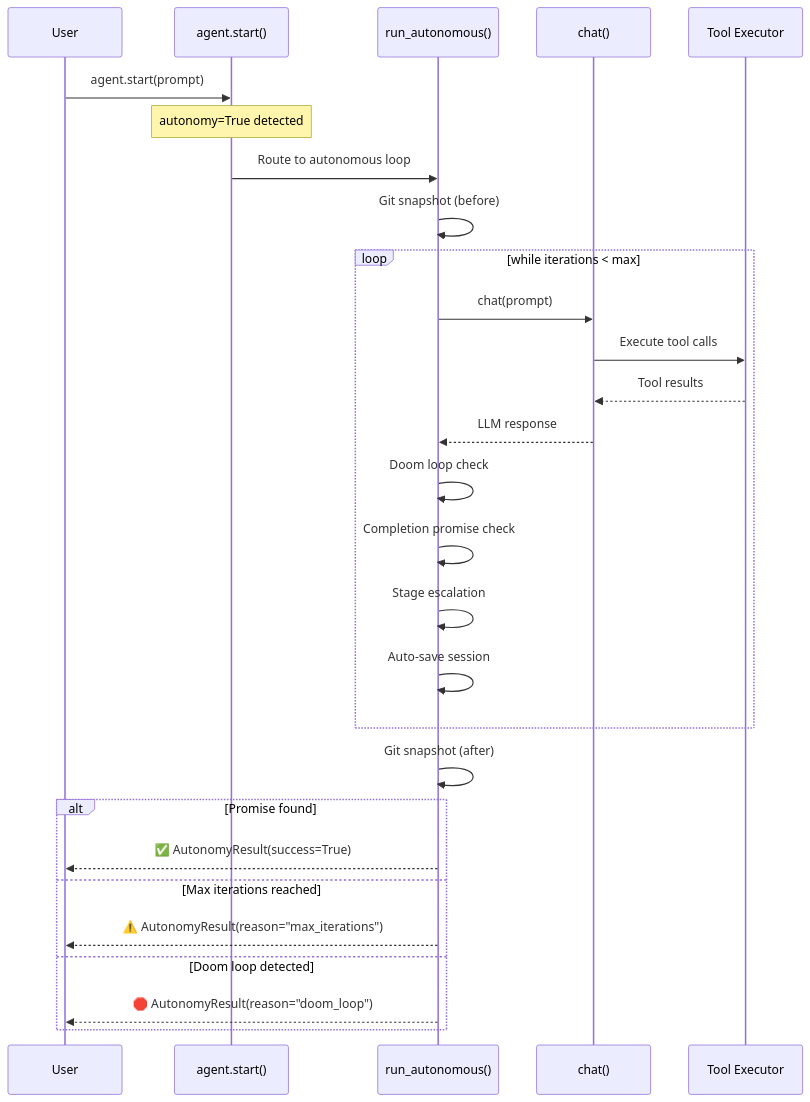
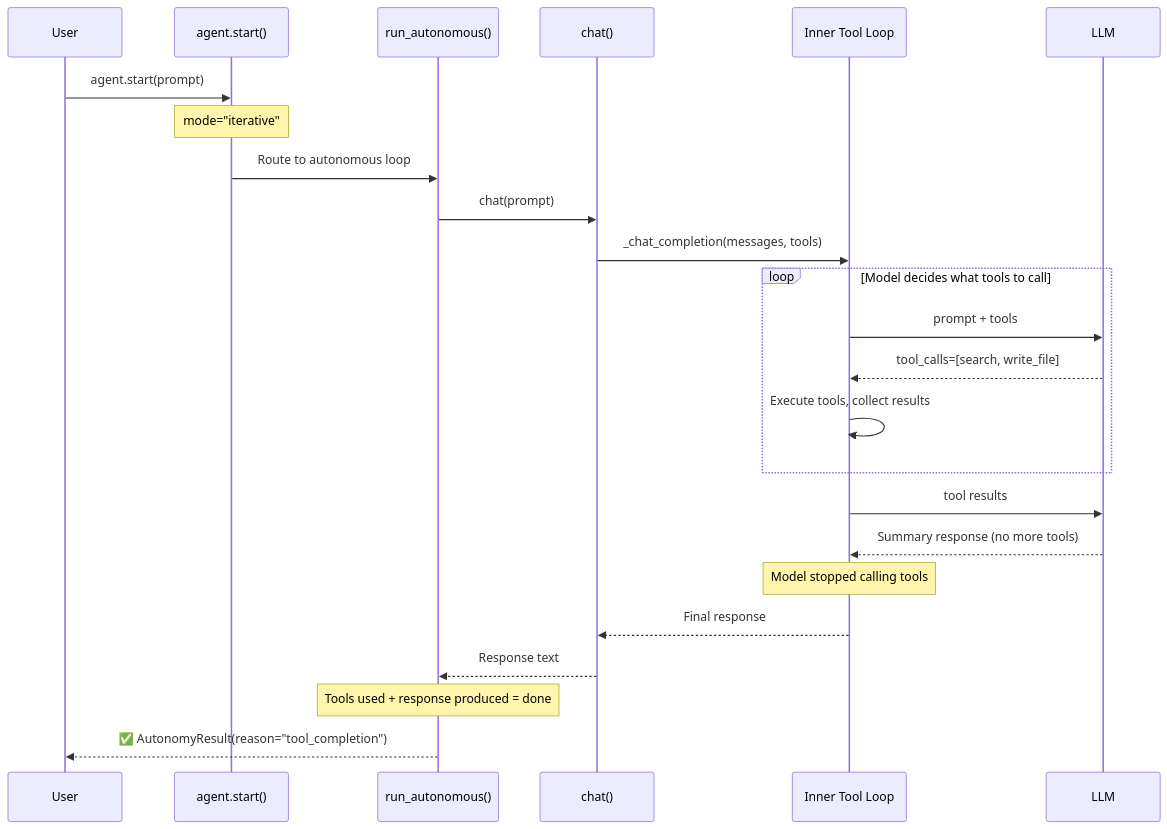
One commit to MervinPraison/PraisonAIDocs changed the second of 4 diagrams in docs/concepts/autonomy-vs-interactive.mdx. Above: the diagram before and after it, drawn with Mermaid. The commit also changed other lines of this file and 7 other files, not shown here.

````diff
--- a/docs/concepts/autonomy-vs-interactive.mdx
+++ b/docs/concepts/autonomy-vs-interactive.mdx
@@ -48,31 +58,29 @@
 ```mermaid
 sequenceDiagram
     participant User
     participant Agent as agent.start()
     participant Auto as run_autonomous()
     participant Chat as chat()
-    participant Tools as Tool Executor
+    participant Inner as Inner Tool Loop
+    participant LLM as LLM
 
     User->>Agent: agent.start(prompt)
-    Note over Agent: autonomy=True detected
+    Note over Agent: mode="iterative"
     Agent->>Auto: Route to autonomous loop
-    Auto->>Auto: Git snapshot (before)
-    loop while iterations < max
-        Auto->>Chat: chat(prompt)
-        Chat->>Tools: Execute tool calls
-        Tools-->>Chat: Tool results
-        Chat-->>Auto: LLM response
-        Auto->>Auto: Doom loop check
-        Auto->>Auto: Completion promise check
-        Auto->>Auto: Stage escalation
-        Auto->>Auto: Auto-save session
+    Auto->>Chat: chat(prompt)
+    Chat->>Inner: _chat_completion(messages, tools)
+    
+    loop Model decides what tools to call
+        Inner->>LLM: prompt + tools
+        LLM-->>Inner: tool_calls=[search, write_file]
+        Inner->>Inner: Execute tools, collect results
     end
-    Auto->>Auto: Git snapshot (after)
-    alt Promise found
-        Auto-->>User: ✅ AutonomyResult(success=True)
-    else Max iterations reached
-        Auto-->>User: ⚠️ AutonomyResult(reason="max_iterations")
-    else Doom loop detected
-        Auto-->>User: 🛑 AutonomyResult(reason="doom_loop")
-    end
+    
+    Inner->>LLM: tool results
+    LLM-->>Inner: Summary response (no more tools)
+    Note over Inner: Model stopped calling tools
+    Inner-->>Chat: Final response
+    Chat-->>Auto: Response text
+    Note over Auto: Tools used + response produced = done
+    Auto-->>User: ✅ AutonomyResult(reason="tool_completion")
 ```
````
